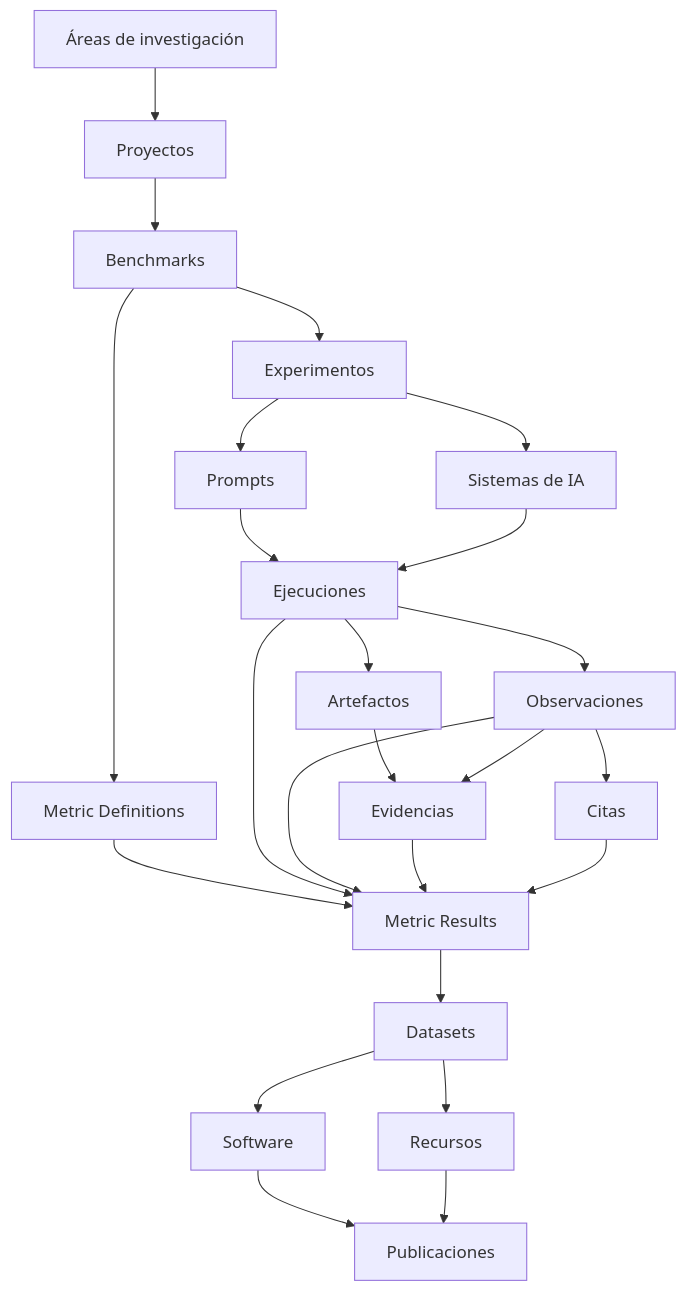
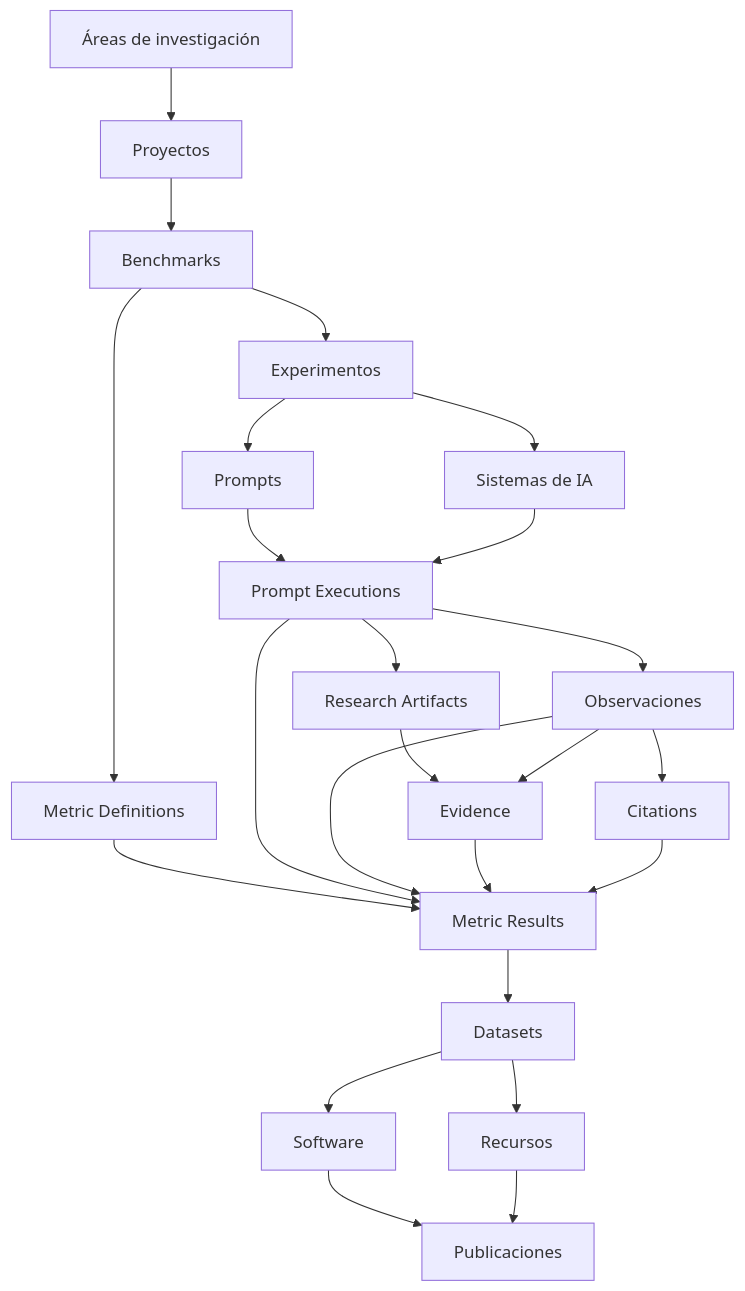
Before and after one commit to gslhub/website: the diagram in README.es.md, drawn with Mermaid. The commit also changed other lines of this file, not shown here.

````diff
--- a/README.es.md
+++ b/README.es.md
@@ -150,26 +172,26 @@
 ```mermaid
 flowchart TD
     A[Áreas de investigación] --> B[Proyectos]
     B --> C[Benchmarks]
     C --> D[Experimentos]
     C --> MD[Metric Definitions]
     D --> E[Prompts]
     D --> F[Sistemas de IA]
-    E --> G[Ejecuciones]
+    E --> G[Prompt Executions]
     F --> G
     G --> H[Observaciones]
-    G --> I[Artefactos]
-    I --> J[Evidencias]
+    G --> I[Research Artifacts]
+    I --> J[Evidence]
     H --> J
-    H --> K[Citas]
+    H --> K[Citations]
     MD --> L[Metric Results]
     G --> L
     H --> L
     J --> L
     K --> L
     L --> M[Datasets]
     M --> N[Software]
     M --> O[Recursos]
     N --> P[Publicaciones]
     O --> P
 ```
````
